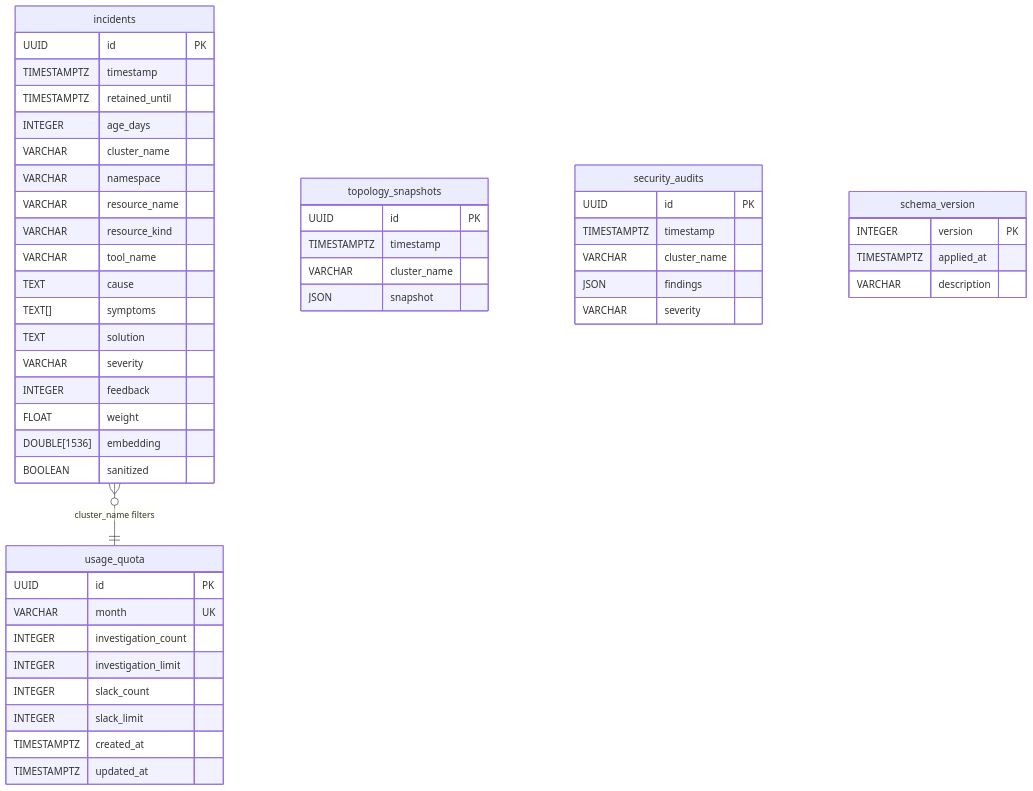
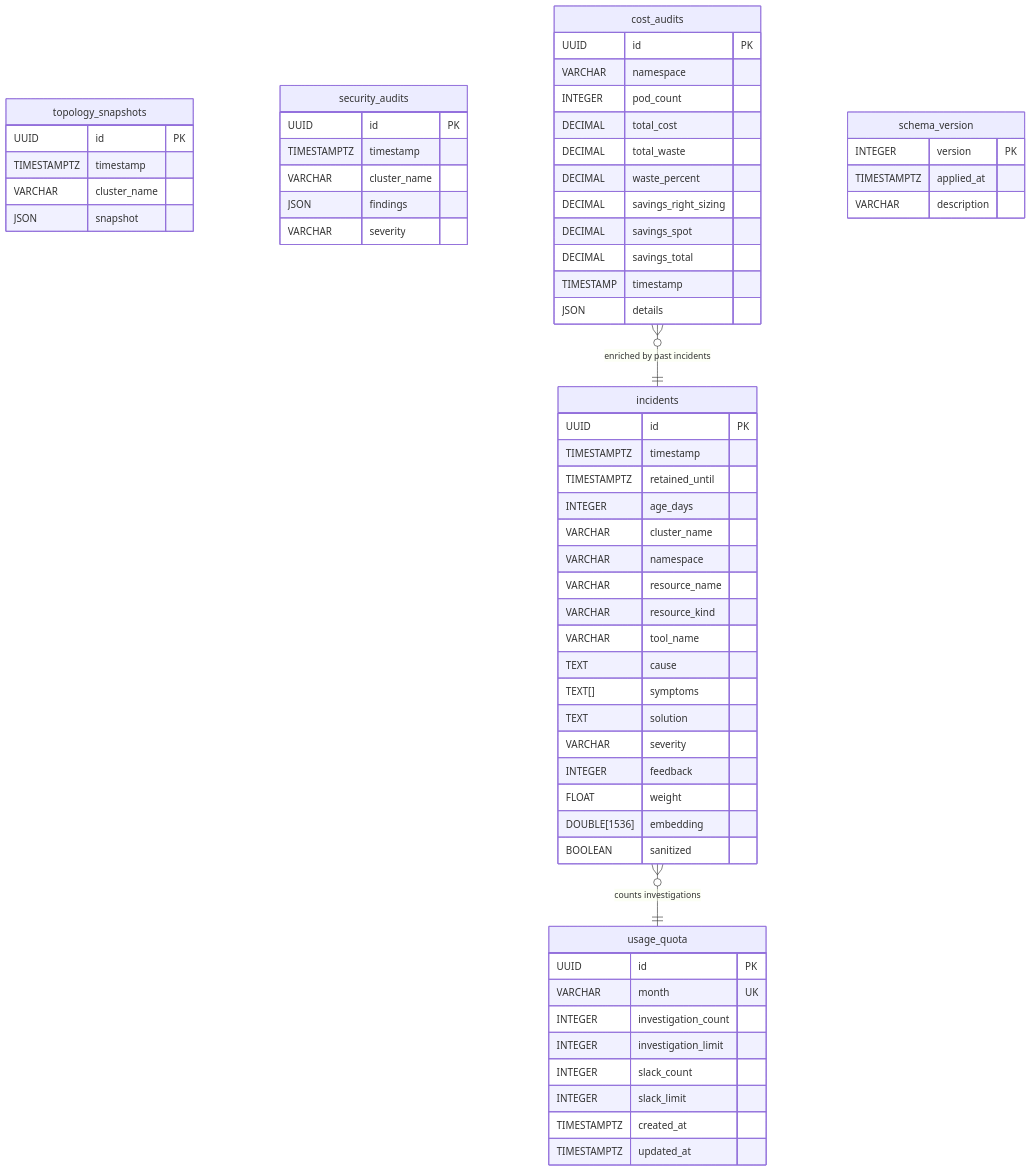
The diagram in docs/architecture/diagrams/data/duckdb-schema.md (hexa-tools/hexawyn), drawn with Mermaid before and after one commit. The commit also changed other lines of this file and 106 other files, not shown here.

````diff
--- a/docs/architecture/diagrams/data/duckdb-schema.md
+++ b/docs/architecture/diagrams/data/duckdb-schema.md
@@ -5,56 +5,71 @@
 ```mermaid
 erDiagram
     incidents {
         UUID id PK
         TIMESTAMPTZ timestamp
         TIMESTAMPTZ retained_until
         INTEGER age_days
         VARCHAR cluster_name
         VARCHAR namespace
         VARCHAR resource_name
         VARCHAR resource_kind
         VARCHAR tool_name
         TEXT cause
         TEXT[] symptoms
         TEXT solution
         VARCHAR severity
         INTEGER feedback
         FLOAT weight
         DOUBLE[1536] embedding
         BOOLEAN sanitized
     }
 
-    usage_quota {
-        UUID id PK
-        VARCHAR month UK
-        INTEGER investigation_count
-        INTEGER investigation_limit
-        INTEGER slack_count
-        INTEGER slack_limit
-        TIMESTAMPTZ created_at
-        TIMESTAMPTZ updated_at
-    }
-
     topology_snapshots {
         UUID id PK
         TIMESTAMPTZ timestamp
         VARCHAR cluster_name
         JSON snapshot
     }
 
     security_audits {
         UUID id PK
         TIMESTAMPTZ timestamp
         VARCHAR cluster_name
         JSON findings
         VARCHAR severity
     }
 
+    usage_quota {
+        UUID id PK
+        VARCHAR month UK
+        INTEGER investigation_count
+        INTEGER investigation_limit
+        INTEGER slack_count
+        INTEGER slack_limit
+        TIMESTAMPTZ created_at
+        TIMESTAMPTZ updated_at
+    }
+
+    cost_audits {
+        UUID id PK
+        VARCHAR namespace
+        INTEGER pod_count
+        DECIMAL total_cost
+        DECIMAL total_waste
+        DECIMAL waste_percent
+        DECIMAL savings_right_sizing
+        DECIMAL savings_spot
+        DECIMAL savings_total
+        TIMESTAMP timestamp
+        JSON details
+    }
+
     schema_version {
         INTEGER version PK
         TIMESTAMPTZ applied_at
         VARCHAR description
     }
 
-    incidents }o--|| usage_quota : "cluster_name filters"
+    incidents }o--|| usage_quota : "counts investigations"
+    cost_audits }o--|| incidents : "enriched by past incidents"
 ```
````
